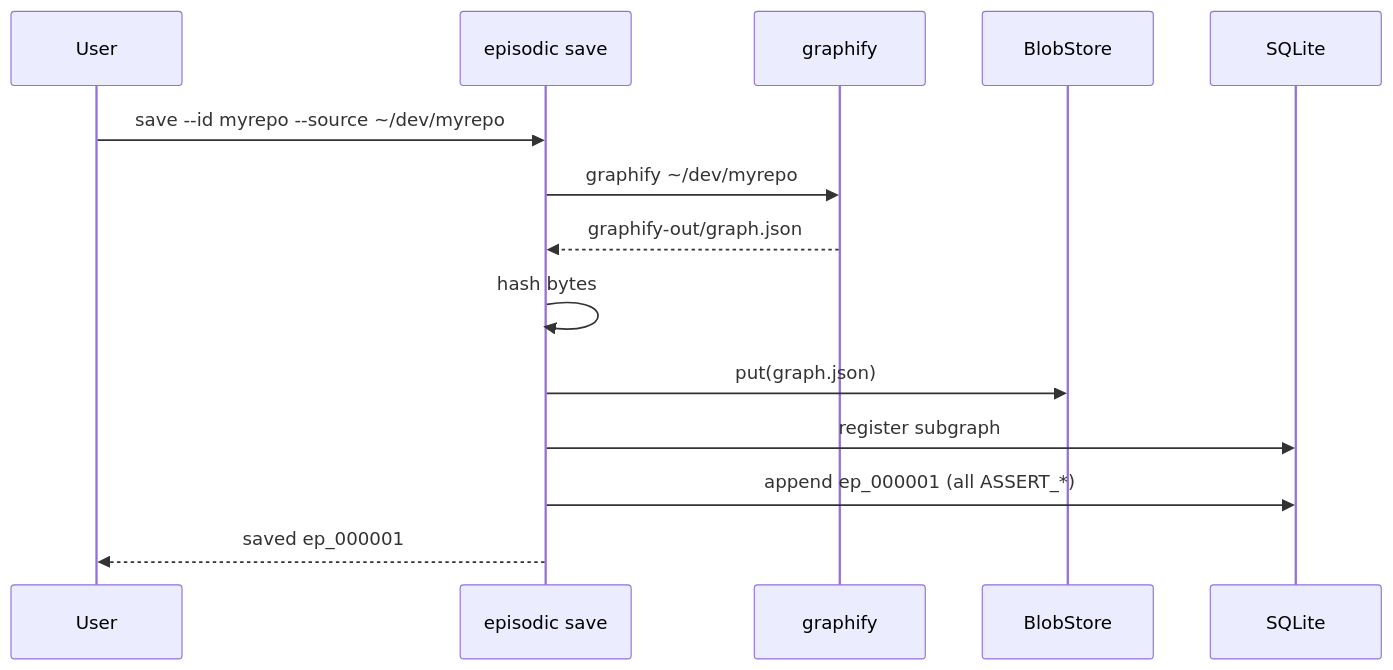
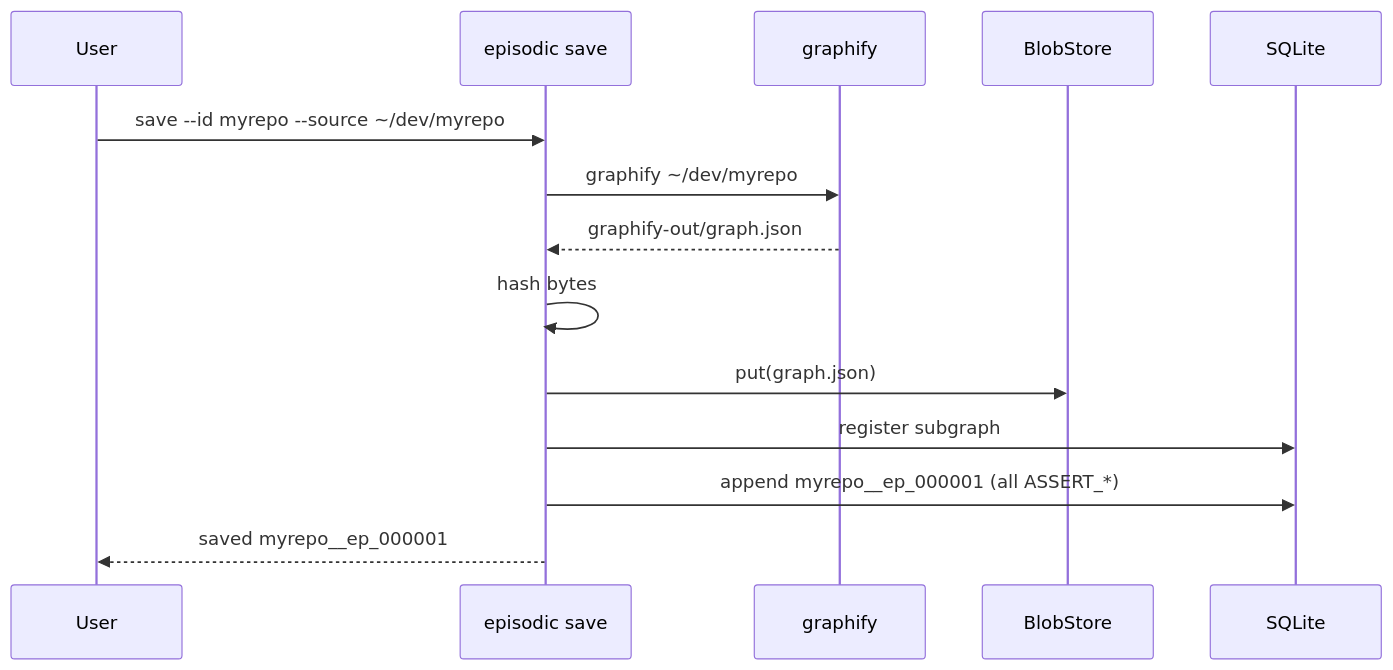
One commit to pranav-bot/episodic-engine changed the first of 3 diagrams in .agent-resources/prds/2026-07-06-single-subgraph-save.md. Above: the diagram before and after it, drawn with Mermaid. The commit also changed other lines of this file and 9 other files, not shown here.

````diff
--- a/.agent-resources/prds/2026-07-06-single-subgraph-save.md
+++ b/.agent-resources/prds/2026-07-06-single-subgraph-save.md
@@ -160,17 +161,17 @@
 ```mermaid
 sequenceDiagram
     participant U as User
     participant CLI as episodic save
     participant GF as graphify
     participant B as BlobStore
     participant DB as SQLite
 
     U->>CLI: save --id myrepo --source ~/dev/myrepo
     CLI->>GF: graphify ~/dev/myrepo
     GF-->>CLI: graphify-out/graph.json
     CLI->>CLI: hash bytes
     CLI->>B: put(graph.json)
     CLI->>DB: register subgraph
-    CLI->>DB: append ep_000001 (all ASSERT_*)
-    CLI-->>U: saved ep_000001
+    CLI->>DB: append myrepo__ep_000001 (all ASSERT_*)
+    CLI-->>U: saved myrepo__ep_000001
 ```
````
